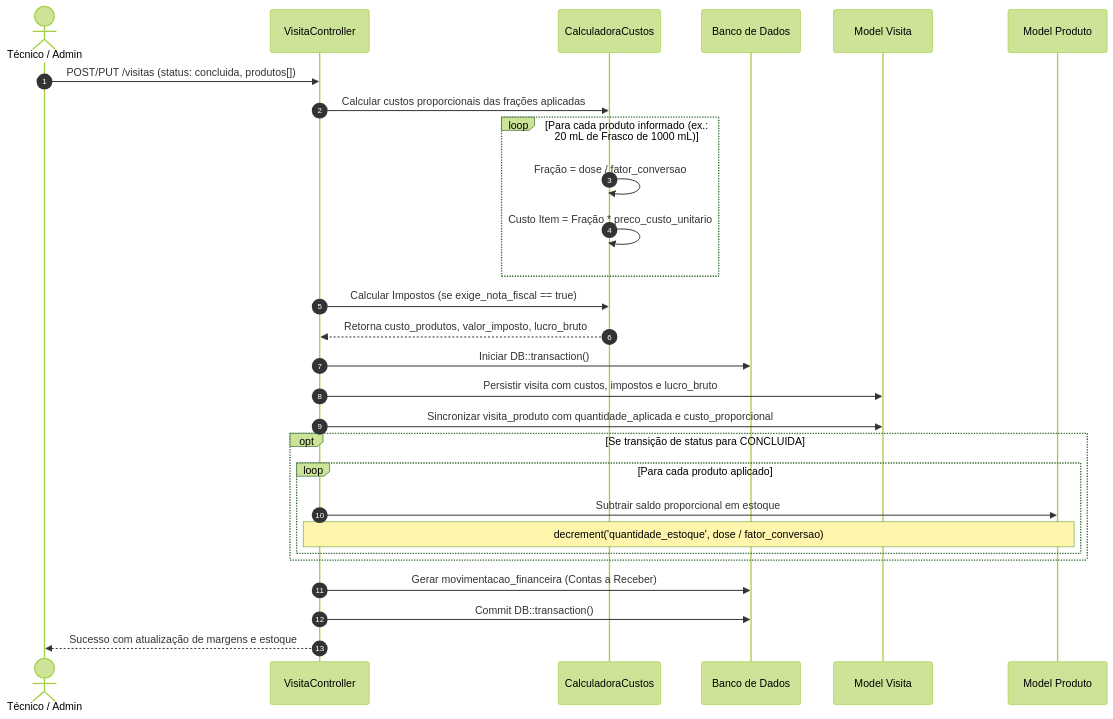
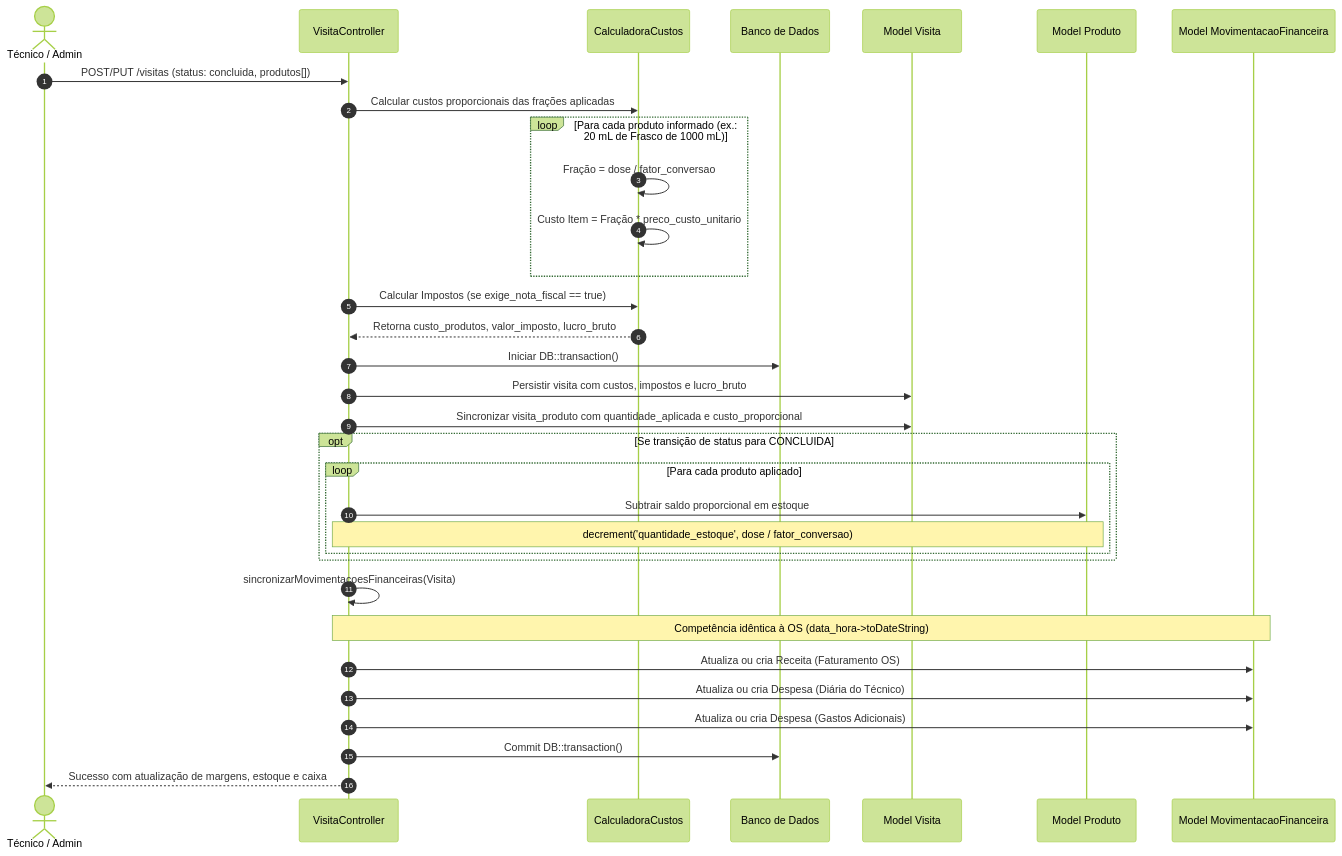
Before and after one commit to mhsilva555/erp-alaris: the second of 5 diagrams in ARCHITECTURE.md, drawn with Mermaid (forest theme). The commit also changed other lines of this file and 38 other files, not shown here.

````diff
--- a/ARCHITECTURE.md
+++ b/ARCHITECTURE.md
@@ -240,34 +242,39 @@
 ```mermaid
 sequenceDiagram
     autonumber
     actor Operador as Técnico / Admin
     participant Controller as VisitaController
     participant Service as CalculadoraCustos
     participant DB as Banco de Dados
     participant Visita as Model Visita
     participant Produto as Model Produto
+    participant Mov as Model MovimentacaoFinanceira
 
     Operador->>Controller: POST/PUT /visitas (status: concluida, produtos[])
     Controller->>Service: Calcular custos proporcionais das frações aplicadas
     loop Para cada produto informado (ex.: 20 mL de Frasco de 1000 mL)
         Service->>Service: Fração = dose / fator_conversao
         Service->>Service: Custo Item = Fração * preco_custo_unitario
     end
     Controller->>Service: Calcular Impostos (se exige_nota_fiscal == true)
     Service-->>Controller: Retorna custo_produtos, valor_imposto, lucro_bruto
 
     Controller->>DB: Iniciar DB::transaction()
     Controller->>Visita: Persistir visita com custos, impostos e lucro_bruto
     Controller->>Visita: Sincronizar visita_produto com quantidade_aplicada e custo_proporcional
 
     opt Se transição de status para CONCLUIDA
         loop Para cada produto aplicado
             Controller->>Produto: Subtrair saldo proporcional em estoque
             Note over Controller,Produto: decrement('quantidade_estoque', dose / fator_conversao)
         end
     end
 
-    Controller->>DB: Gerar movimentacao_financeira (Contas a Receber)
+    Controller->>Controller: sincronizarMovimentacoesFinanceiras(Visita)
+    Note over Controller,Mov: Competência idêntica à OS (data_hora->toDateString)
+    Controller->>Mov: Atualiza ou cria Receita (Faturamento OS)
+    Controller->>Mov: Atualiza ou cria Despesa (Diária do Técnico)
+    Controller->>Mov: Atualiza ou cria Despesa (Gastos Adicionais)
     Controller->>DB: Commit DB::transaction()
-    Controller-->>Operador: Sucesso com atualização de margens e estoque
+    Controller-->>Operador: Sucesso com atualização de margens, estoque e caixa
 ```
````
